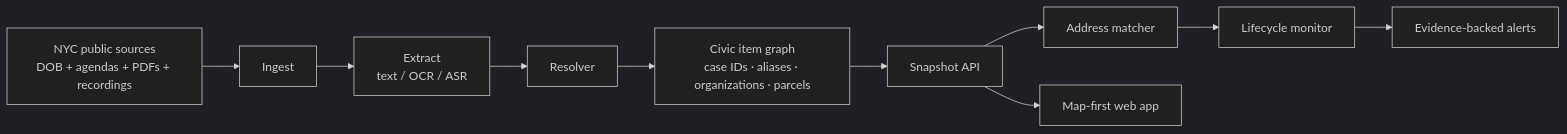
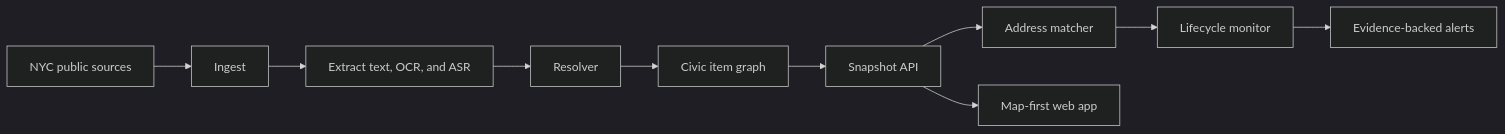
Before and after one commit to jahnavi-yelamanchi/quorum: the diagram in README.md, drawn with Mermaid (dark theme).

Commit message:
Fix README system diagram syntax

````diff
--- a/README.md
+++ b/README.md
@@ -36,12 +36,12 @@
 ```mermaid
 flowchart LR
-  A[NYC public sources<br/>DOB + agendas + PDFs + recordings] --> B[Ingest]
-  B --> C[Extract<br/>text / OCR / ASR]
+  A[NYC public sources] --> B[Ingest]
+  B --> C[Extract text, OCR, and ASR]
   C --> D[Resolver]
-  D --> E[Civic item graph<br/>case IDs · aliases · organizations · parcels]
+  D --> E[Civic item graph]
   E --> F[Snapshot API]
   F --> G[Address matcher]
   G --> H[Lifecycle monitor]
   H --> I[Evidence-backed alerts]
   F --> J[Map-first web app]
 ```
````
